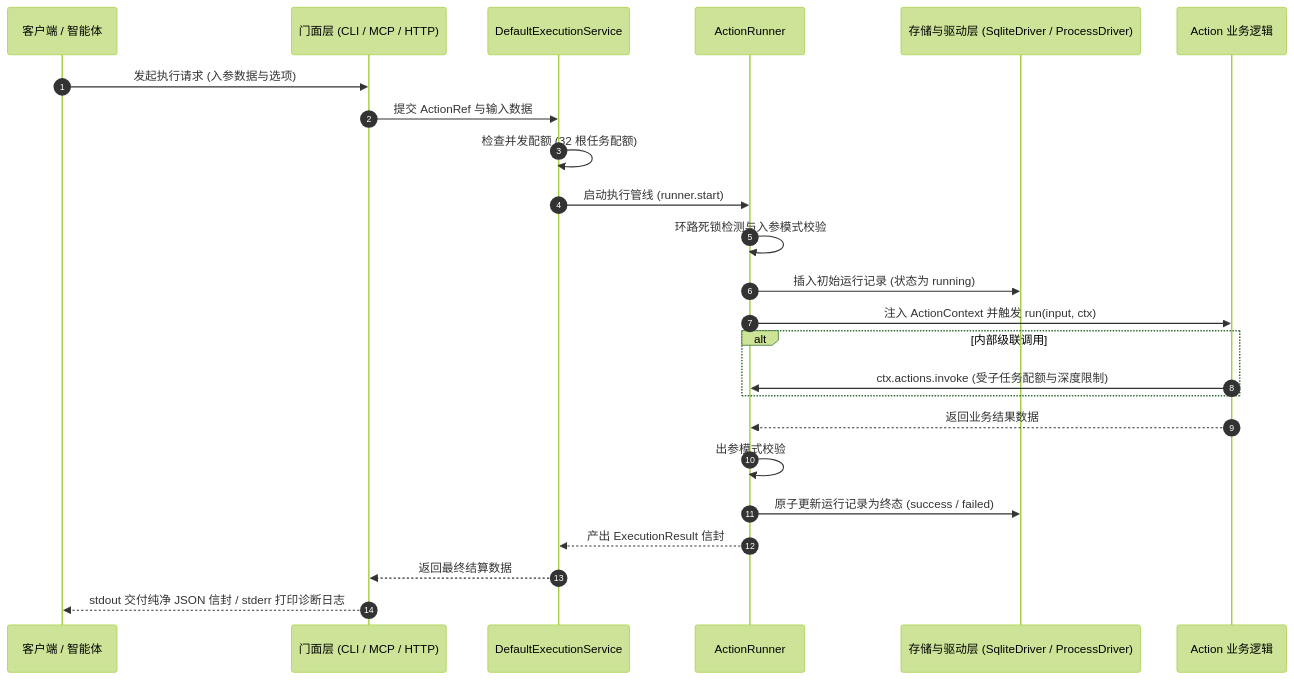
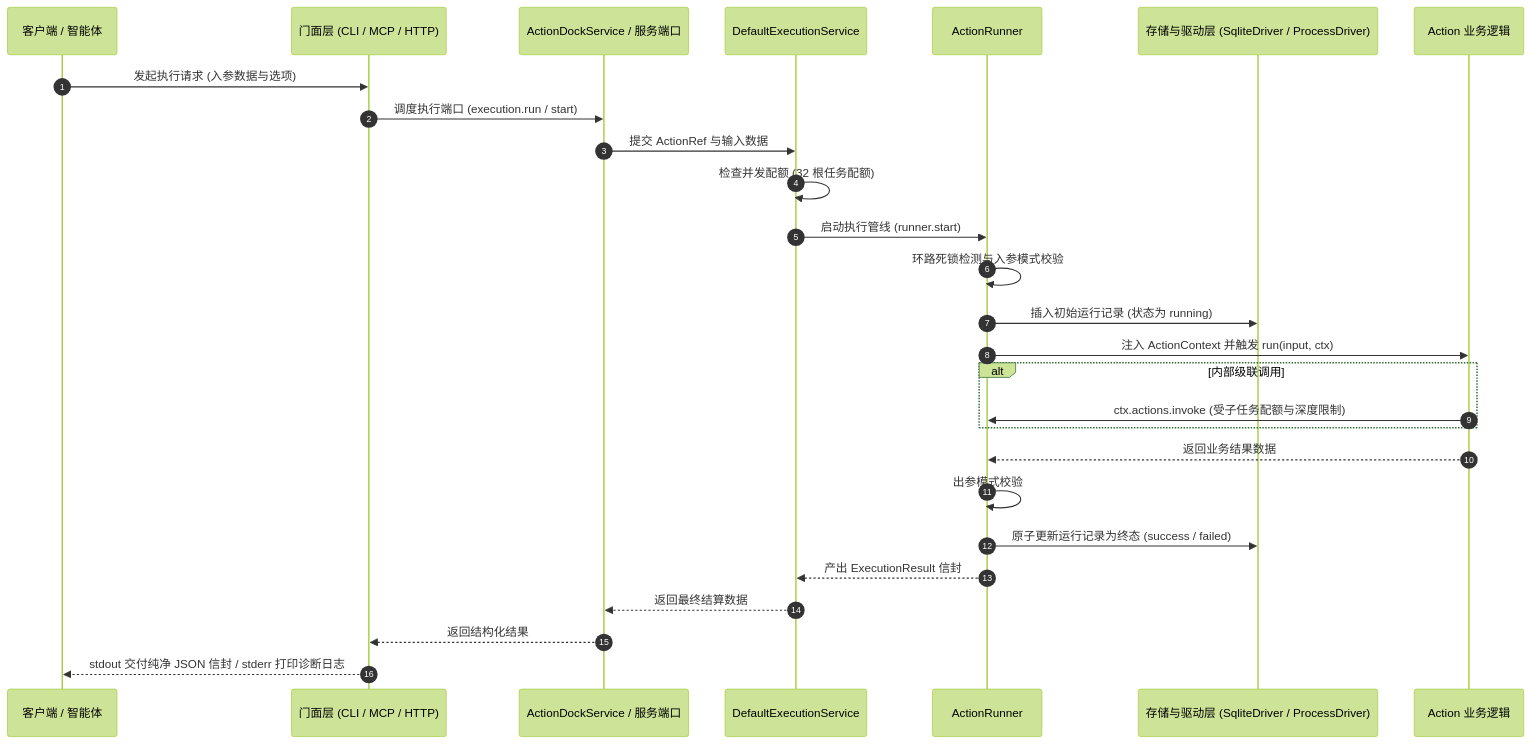
The second of 3 diagrams in docs/architecture/runtime.md (team4u/actiondock), drawn with Mermaid (forest theme) before and after one commit. The commit also changed other lines of this file and 29 other files, not shown here.

Commit message:
docs: synchronize documentation for actiondock 3.0 architecture

````diff
--- a/docs/architecture/runtime.md
+++ b/docs/architecture/runtime.md
@@ -56,27 +61,30 @@
 ```mermaid
 sequenceDiagram
     autonumber
     participant Client as 客户端 / 智能体
     participant Facade as 门面层 (CLI / MCP / HTTP)
+    participant Service as ActionDockService / 服务端口
     participant ExecService as DefaultExecutionService
     participant Runner as ActionRunner
     participant Driver as 存储与驱动层 (SqliteDriver / ProcessDriver)
     participant Action as Action 业务逻辑
 
     Client->>Facade: 发起执行请求 (入参数据与选项)
-    Facade->>ExecService: 提交 ActionRef 与输入数据
+    Facade->>Service: 调度执行端口 (execution.run / start)
+    Service->>ExecService: 提交 ActionRef 与输入数据
     ExecService->>ExecService: 检查并发配额 (32 根任务配额)
     ExecService->>Runner: 启动执行管线 (runner.start)
     Runner->>Runner: 环路死锁检测与入参模式校验
     Runner->>Driver: 插入初始运行记录 (状态为 running)
     Runner->>Action: 注入 ActionContext 并触发 run(input, ctx)
     alt 内部级联调用
         Action->>Runner: ctx.actions.invoke (受子任务配额与深度限制)
     end
     Action-->>Runner: 返回业务结果数据
     Runner->>Runner: 出参模式校验
     Runner->>Driver: 原子更新运行记录为终态 (success / failed)
     Runner-->>ExecService: 产出 ExecutionResult 信封
-    ExecService-->>Facade: 返回最终结算数据
+    ExecService-->>Service: 返回最终结算数据
+    Service-->>Facade: 返回结构化结果
     Facade-->>Client: stdout 交付纯净 JSON 信封 / stderr 打印诊断日志
 ```
````
